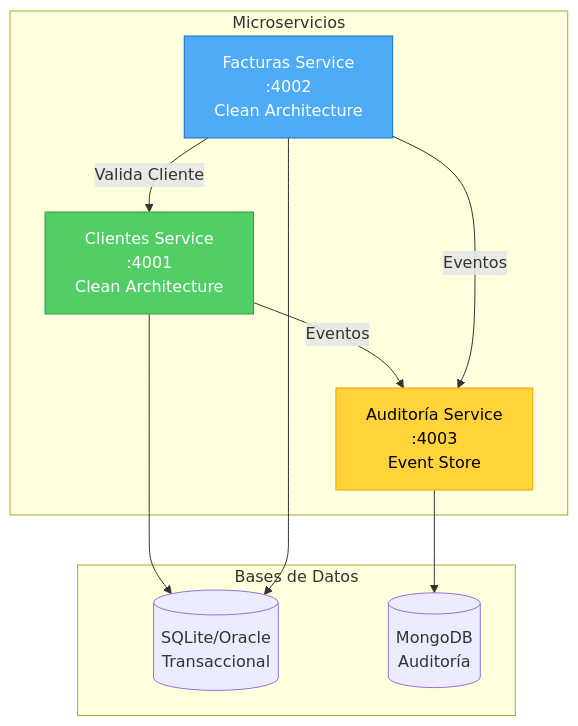
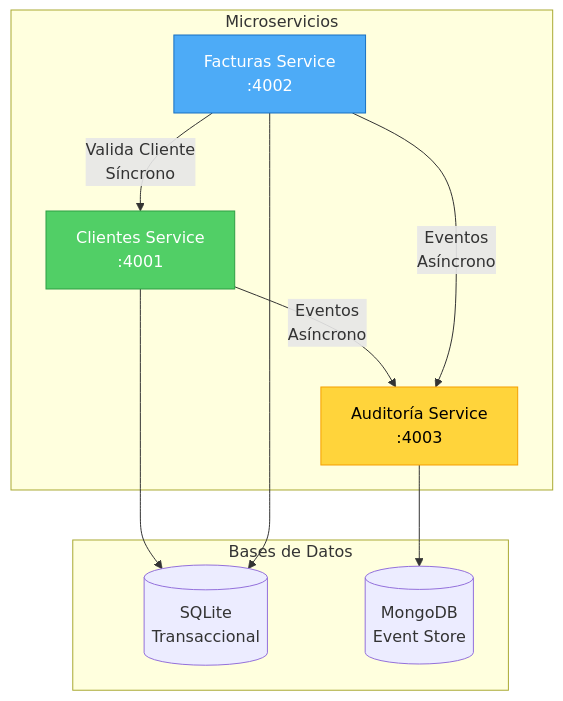
Before and after one commit to Asimpl3-Hero/RubyDoubleV: the first of 3 diagrams in docs/ARQUITECTURA.md, drawn with Mermaid. The commit also changed other lines of this file and 3 other files, not shown here.

````diff
--- a/docs/ARQUITECTURA.md
+++ b/docs/ARQUITECTURA.md
@@ -19,24 +19,24 @@
 ```mermaid
 graph TB
     subgraph "Microservicios"
-        CS[Clientes Service<br/>:4001<br/>Clean Architecture]
-        FS[Facturas Service<br/>:4002<br/>Clean Architecture]
-        AS[Auditoría Service<br/>:4003<br/>Event Store]
+        CS[Clientes Service<br/>:4001]
+        FS[Facturas Service<br/>:4002]
+        AS[Auditoría Service<br/>:4003]
     end
 
     subgraph "Bases de Datos"
-        SQL[(SQLite/Oracle<br/>Transaccional)]
-        MONGO[(MongoDB<br/>Auditoría)]
+        SQL[(SQLite<br/>Transaccional)]
+        MONGO[(MongoDB<br/>Event Store)]
     end
 
-    FS -->|Valida Cliente| CS
-    CS -->|Eventos| AS
-    FS -->|Eventos| AS
+    FS -->|Valida Cliente<br/>Síncrono| CS
+    CS -->|Eventos<br/>Asíncrono| AS
+    FS -->|Eventos<br/>Asíncrono| AS
     CS --> SQL
     FS --> SQL
     AS --> MONGO
 
     style CS fill:#51cf66,stroke:#2f9e44,color:#fff
     style FS fill:#4dabf7,stroke:#1971c2,color:#fff
     style AS fill:#ffd43b,stroke:#f59f00,color:#000
 ```
````
